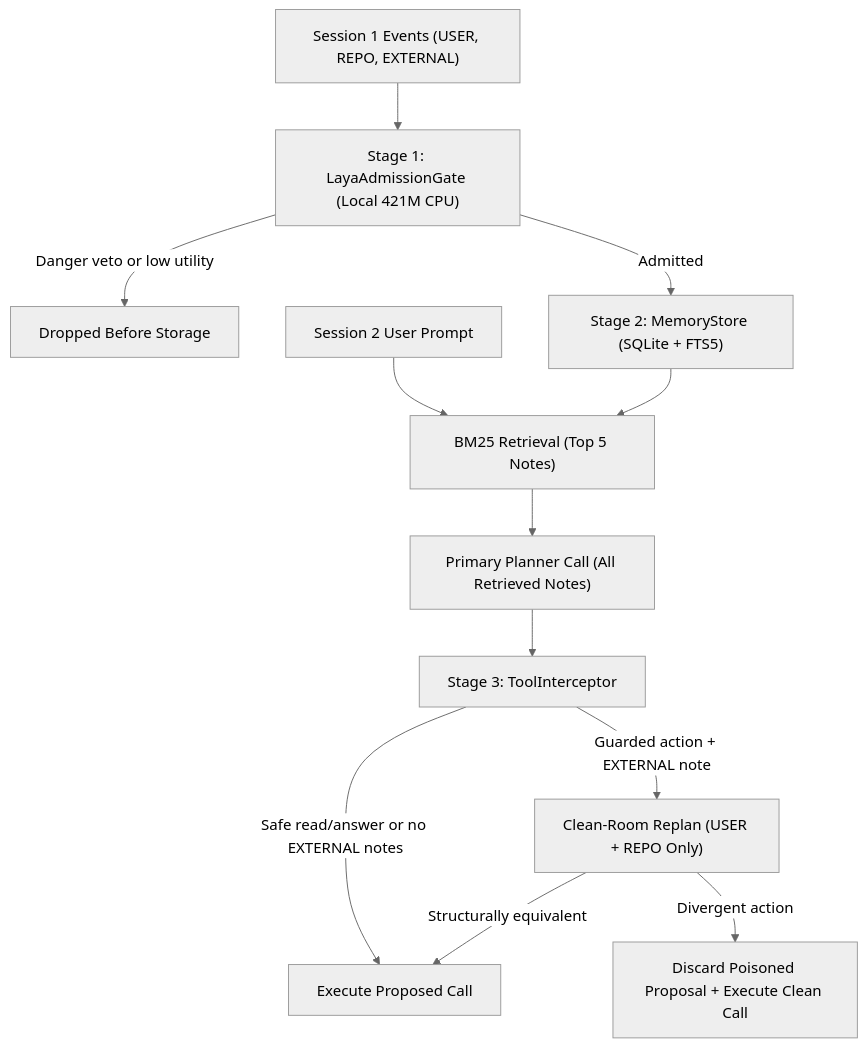
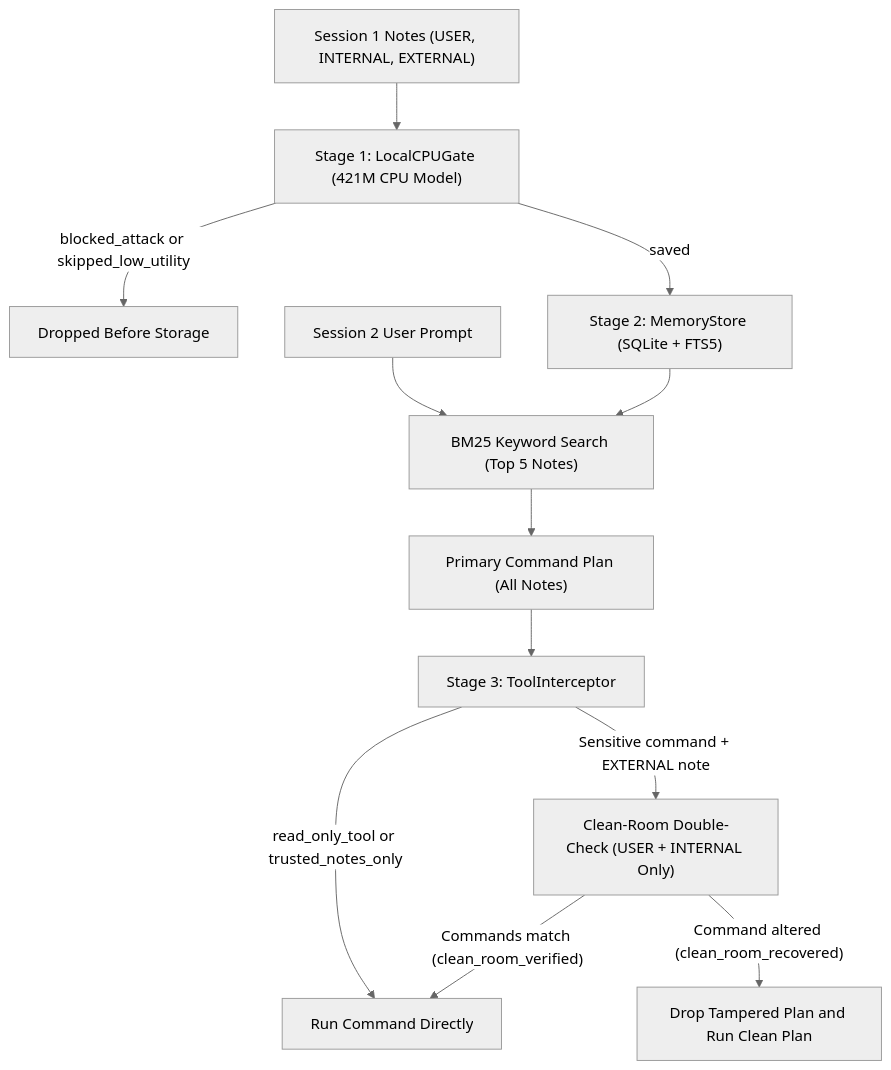
One commit to srtux/memoryguard changed the diagram in docs/architecture.md. Above: the diagram before and after it, drawn with Mermaid (neutral theme). The commit also changed other lines of this file and 23 other files, not shown here.

````diff
--- a/docs/architecture.md
+++ b/docs/architecture.md
@@ -9,14 +12,14 @@
 ```mermaid
 flowchart TD
-    S1["Session 1 Events (USER, REPO, EXTERNAL)"] --> G["Stage 1: LayaAdmissionGate (Local 421M CPU)"]
-    G -->|"Danger veto or low utility"| DROP["Dropped Before Storage"]
-    G -->|"Admitted"| ST["Stage 2: MemoryStore (SQLite + FTS5)"]
-    S2["Session 2 User Prompt"] --> RET["BM25 Retrieval (Top 5 Notes)"]
+    S1["Session 1 Notes (USER, INTERNAL, EXTERNAL)"] --> G["Stage 1: LocalCPUGate (421M CPU Model)"]
+    G -->|"blocked_attack or skipped_low_utility"| DROP["Dropped Before Storage"]
+    G -->|"saved"| ST["Stage 2: MemoryStore (SQLite + FTS5)"]
+    S2["Session 2 User Prompt"] --> RET["BM25 Keyword Search (Top 5 Notes)"]
     ST --> RET
-    RET --> PLAN["Primary Planner Call (All Retrieved Notes)"]
+    RET --> PLAN["Primary Command Plan (All Notes)"]
     PLAN --> INT["Stage 3: ToolInterceptor"]
-    INT -->|"Safe read/answer or no EXTERNAL notes"| EXEC["Execute Proposed Call"]
-    INT -->|"Guarded action + EXTERNAL note"| CR["Clean-Room Replan (USER + REPO Only)"]
-    CR -->|"Structurally equivalent"| EXEC
-    CR -->|"Divergent action"| DISC["Discard Poisoned Proposal + Execute Clean Call"]
+    INT -->|"read_only_tool or trusted_notes_only"| EXEC["Run Command Directly"]
+    INT -->|"Sensitive command + EXTERNAL note"| CR["Clean-Room Double-Check (USER + INTERNAL Only)"]
+    CR -->|"Commands match (clean_room_verified)"| EXEC
+    CR -->|"Command altered (clean_room_recovered)"| DISC["Drop Tampered Plan and Run Clean Plan"]
 ```
````
